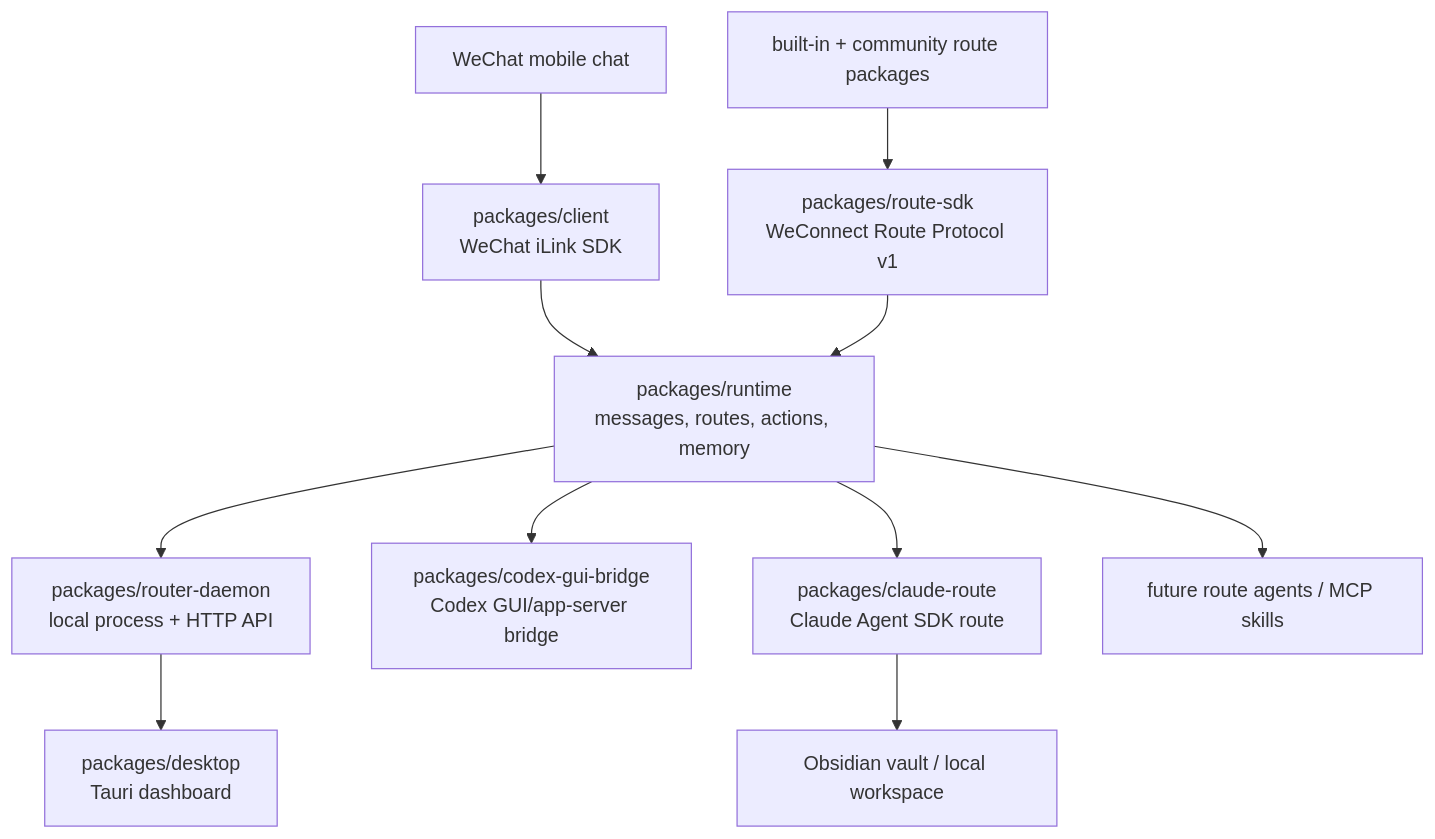
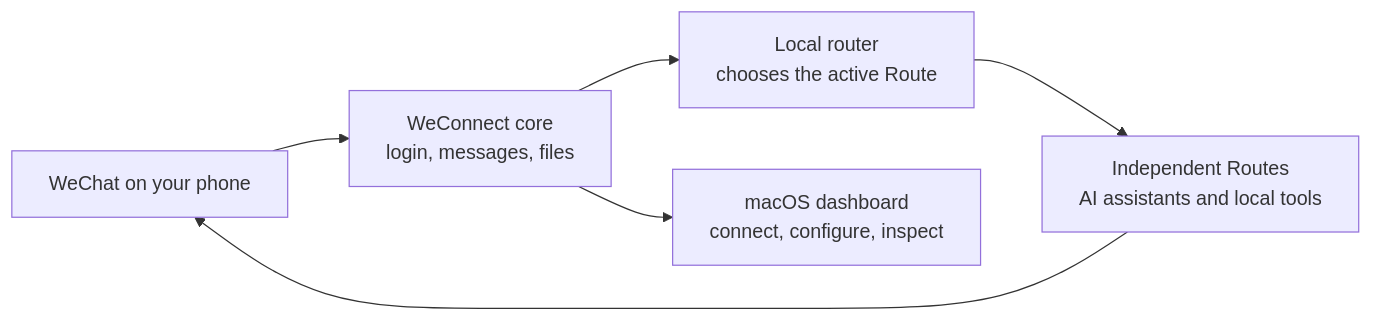
The diagram in README.md (WillbsoluteVodka/wechat2all), drawn with Mermaid before and after one commit. The commit also changed other lines of this file and 2 other files, not shown here.

Commit message:
Refresh WeConnect README

````diff
--- a/README.md
+++ b/README.md
@@ -13,13 +81,8 @@
 ```mermaid
-flowchart TD
-  W["WeChat mobile chat"] --> C["packages/client<br/>WeChat iLink SDK"]
-  C --> R["packages/runtime<br/>messages, routes, actions, memory"]
-  S["packages/route-sdk<br/>WeConnect Route Protocol v1"] --> R
-  P["built-in + community route packages"] --> S
-  R --> D["packages/router-daemon<br/>local process + HTTP API"]
-  D --> UI["packages/desktop<br/>Tauri dashboard"]
-  R --> CG["packages/codex-gui-bridge<br/>Codex GUI/app-server bridge"]
-  R --> CL["packages/claude-route<br/>Claude Agent SDK route"]
-  CL --> V["Obsidian vault / local workspace"]
-  R --> A["future route agents / MCP skills"]
+flowchart LR
+  W["WeChat on your phone"] --> C["WeConnect core<br/>login, messages, files"]
+  C --> R["Local router<br/>chooses the active Route"]
+  R --> P["Independent Routes<br/>AI assistants and local tools"]
+  C --> D["macOS dashboard<br/>connect, configure, inspect"]
+  P --> W
 ```
````
